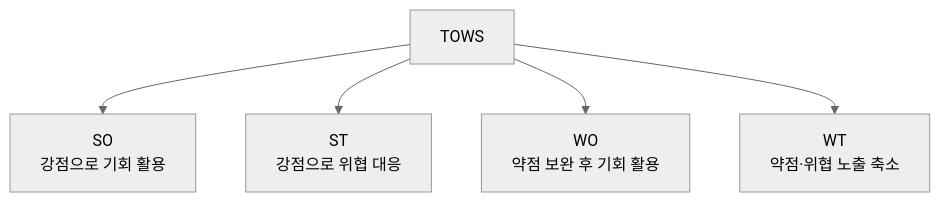
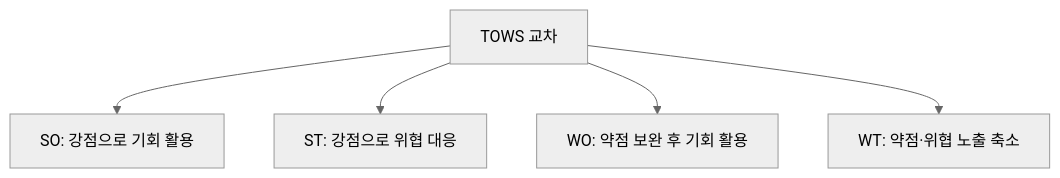
Before and after one commit to agnusdei1207/study: the second of 3 diagrams in src/content/docs/notes/itpe/01-it-strategy/034_swot_analysis.md, drawn with Mermaid (neutral theme). The commit also changed other lines of this file and 19 other files, not shown here.

````diff
--- a/src/content/docs/notes/itpe/01-it-strategy/034_swot_analysis.md
+++ b/src/content/docs/notes/itpe/01-it-strategy/034_swot_analysis.md
@@ -61,7 +61,7 @@
 ```mermaid
 flowchart TD
-    R["TOWS"] --> SO["SO<br/>강점으로 기회 활용"]
-    R --> ST["ST<br/>강점으로 위협 대응"]
-    R --> WO["WO<br/>약점 보완 후 기회 활용"]
-    R --> WT["WT<br/>약점·위협 노출 축소"]
+    R["TOWS 교차"] --> SO["SO: 강점으로 기회 활용"]
+    R --> ST["ST: 강점으로 위협 대응"]
+    R --> WO["WO: 약점 보완 후 기회 활용"]
+    R --> WT["WT: 약점·위협 노출 축소"]
 ```
````
